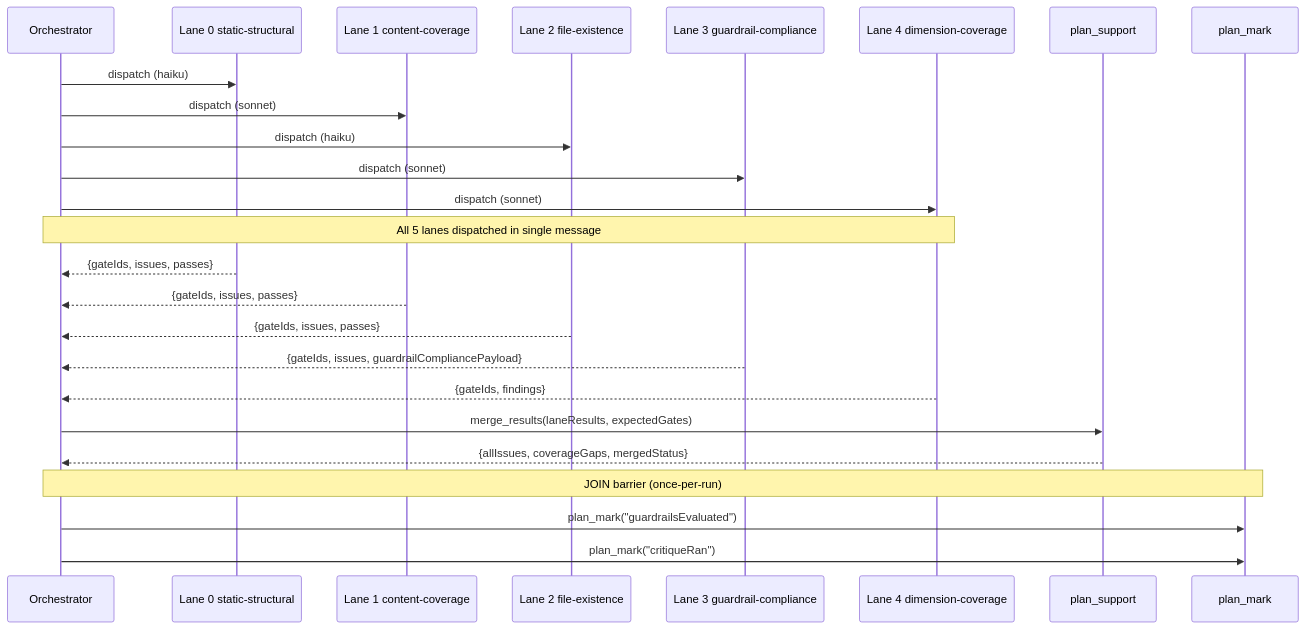
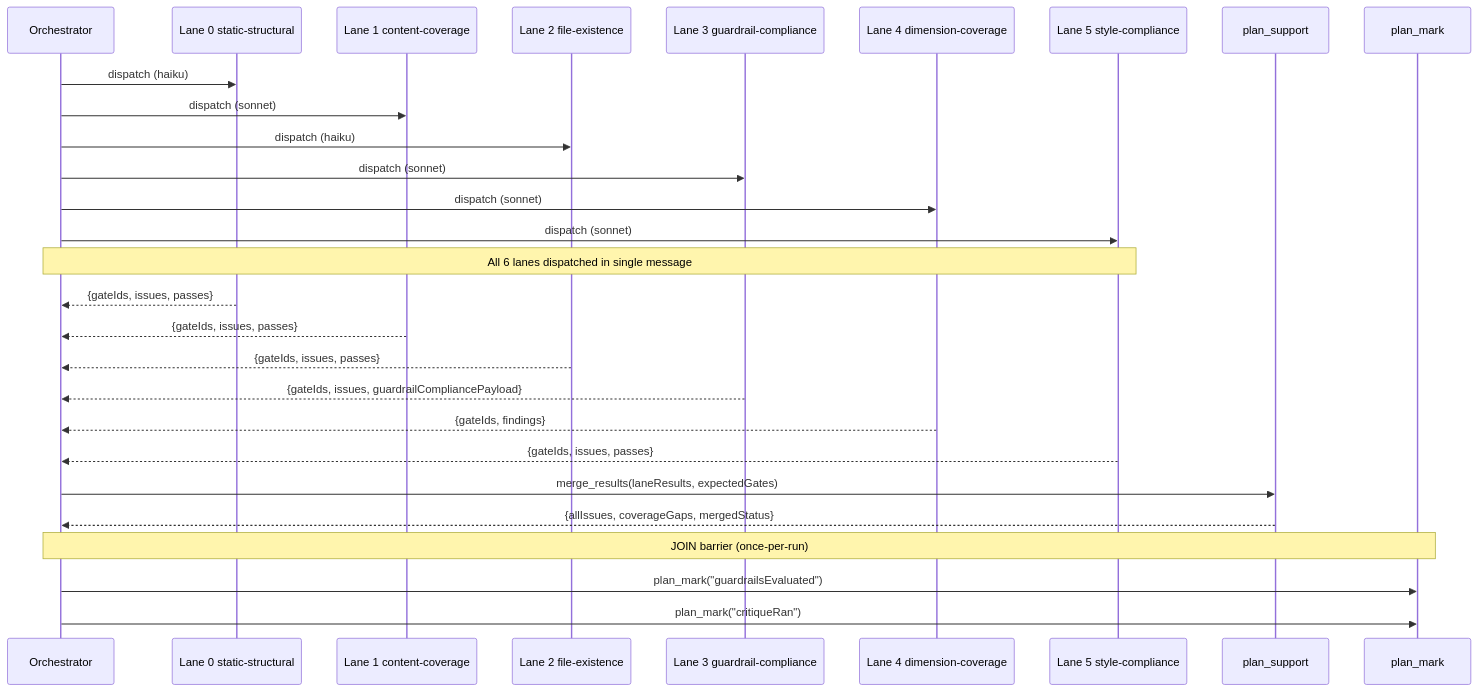
Before and after one commit to rnagrodzki/sdlc-plugin: the second of 4 diagrams in docs/plan-architecture.md, drawn with Mermaid. The commit also changed other lines of this file and 113 other files, not shown here.

````diff
--- a/docs/plan-architecture.md
+++ b/docs/plan-architecture.md
@@ -494,31 +531,34 @@
 ```mermaid
 sequenceDiagram
     participant O as Orchestrator
     participant L0 as Lane 0 static-structural
     participant L1 as Lane 1 content-coverage
     participant L2 as Lane 2 file-existence
     participant L3 as Lane 3 guardrail-compliance
     participant L4 as Lane 4 dimension-coverage
+    participant L5 as Lane 5 style-compliance
     participant PS as plan_support
     participant PM as plan_mark
 
     O->>L0: dispatch (haiku)
     O->>L1: dispatch (sonnet)
     O->>L2: dispatch (haiku)
     O->>L3: dispatch (sonnet)
     O->>L4: dispatch (sonnet)
-    Note over O,L4: All 5 lanes dispatched in single message
+    O->>L5: dispatch (sonnet)
+    Note over O,L5: All 6 lanes dispatched in single message
 
     L0-->>O: {gateIds, issues, passes}
     L1-->>O: {gateIds, issues, passes}
     L2-->>O: {gateIds, issues, passes}
     L3-->>O: {gateIds, issues, guardrailCompliancePayload}
     L4-->>O: {gateIds, findings}
+    L5-->>O: {gateIds, issues, passes}
 
     O->>PS: merge_results(laneResults, expectedGates)
     PS-->>O: {allIssues, coverageGaps, mergedStatus}
 
     Note over O,PM: JOIN barrier (once-per-run)
     O->>PM: plan_mark("guardrailsEvaluated")
     O->>PM: plan_mark("critiqueRan")
 ```
````
